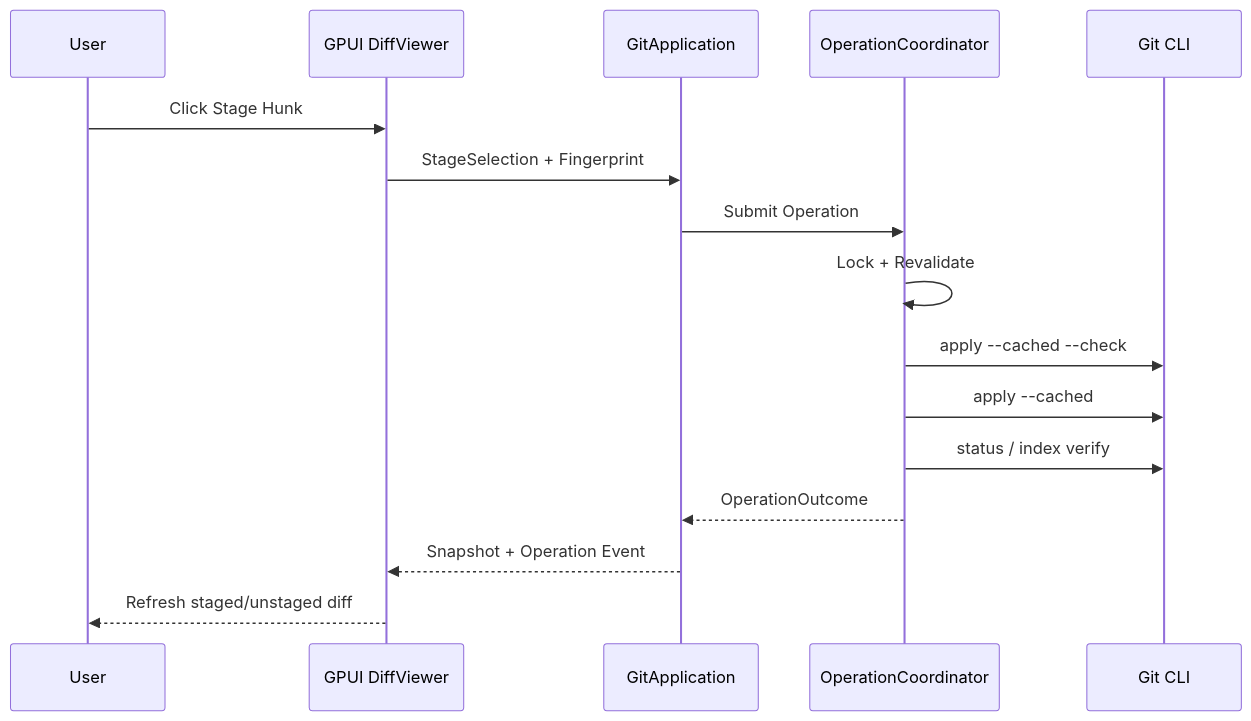
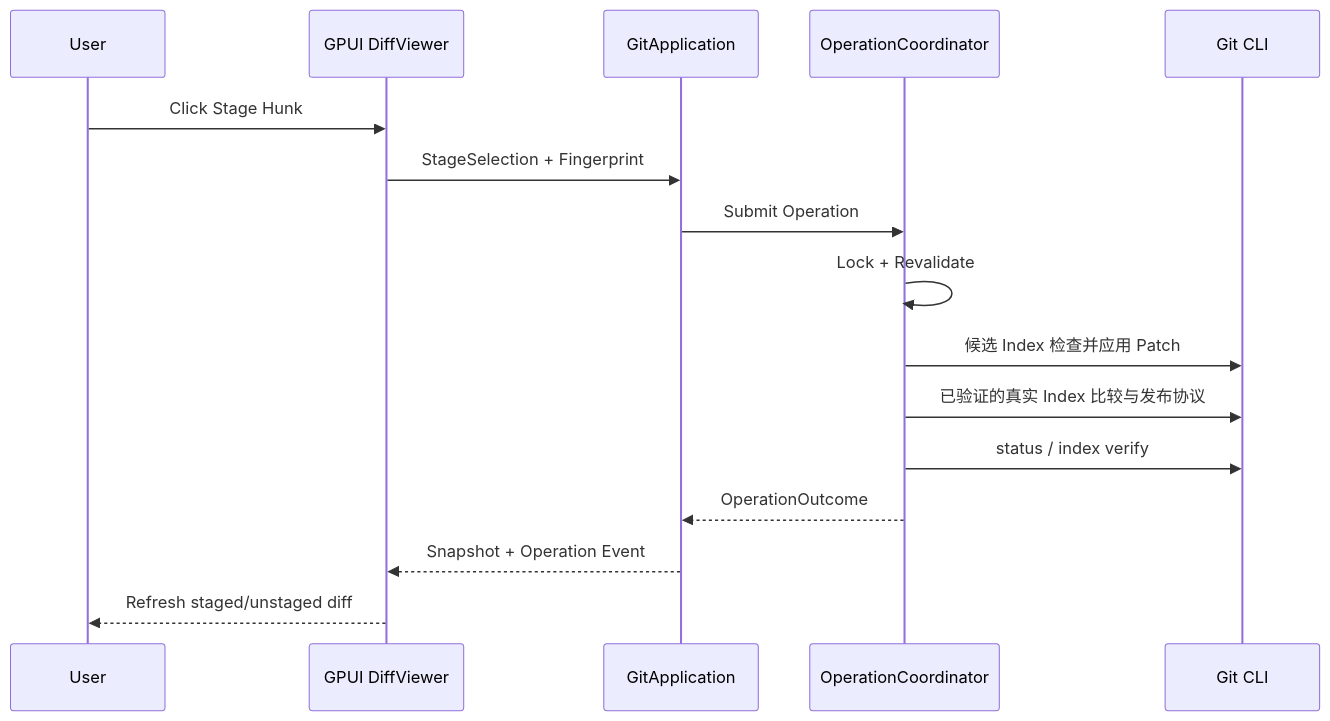
The third of 3 diagrams in docs/architecture/LLD-CCD-001.md (dengxiujun/IdeaGit), drawn with Mermaid before and after one commit. The commit also changed other lines of this file and 9 other files, not shown here.

````diff
--- a/docs/architecture/LLD-CCD-001.md
+++ b/docs/architecture/LLD-CCD-001.md
@@ -980,18 +698,18 @@
 ```mermaid
 sequenceDiagram
     participant U as User
     participant UI as GPUI DiffViewer
     participant APP as GitApplication
     participant CO as OperationCoordinator
     participant G as Git CLI
     U->>UI: Click Stage Hunk
     UI->>APP: StageSelection + Fingerprint
     APP->>CO: Submit Operation
     CO->>CO: Lock + Revalidate
-    CO->>G: apply --cached --check
-    CO->>G: apply --cached
+    CO->>G: 候选 Index 检查并应用 Patch
+    CO->>G: 已验证的真实 Index 比较与发布协议
     CO->>G: status / index verify
     CO-->>APP: OperationOutcome
     APP-->>UI: Snapshot + Operation Event
     UI-->>U: Refresh staged/unstaged diff
 ```
````
